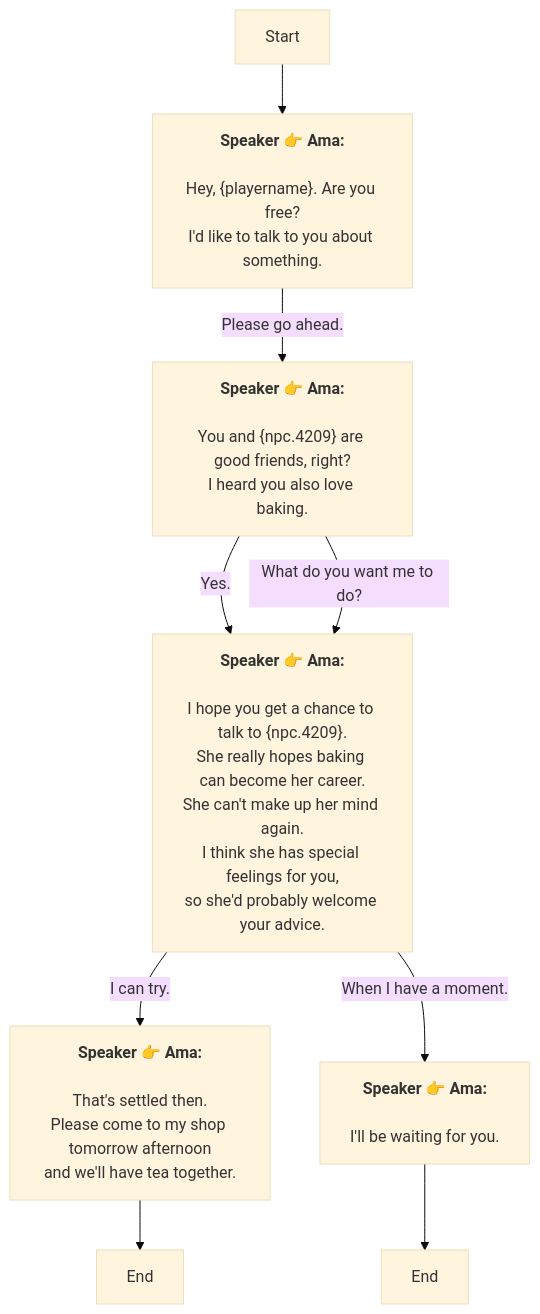
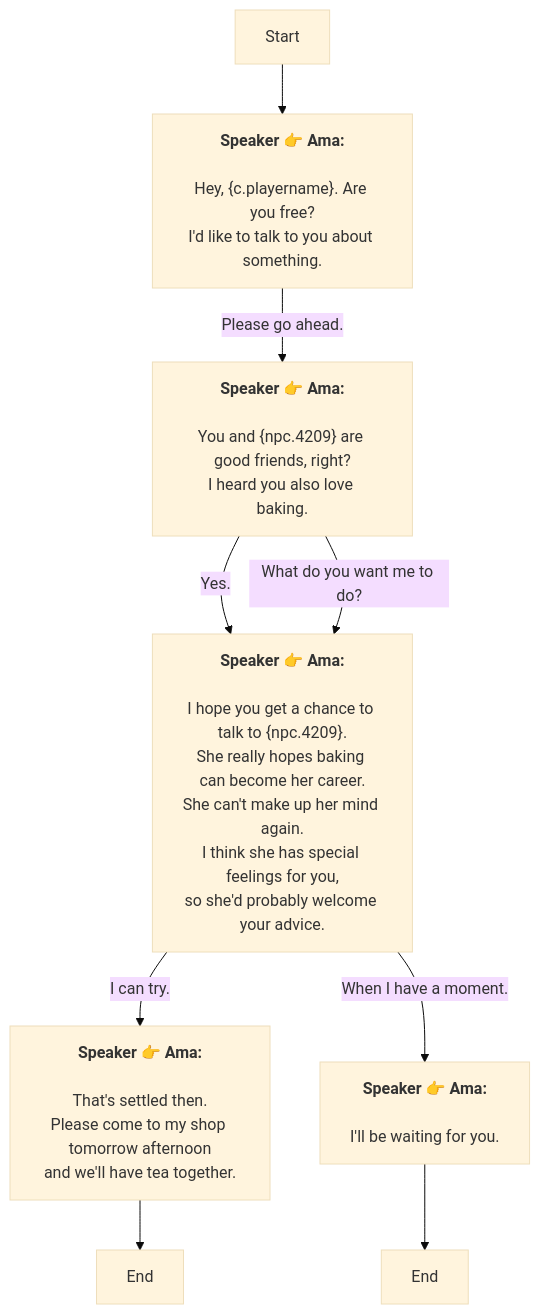
The diagram in En/QuestStartTalkENode_1754299649006153.md (SoftHu/tos_avg), drawn with Mermaid (base theme) before and after one commit. The commit also changed 410 other files, not shown here.

````diff
--- a/En/QuestStartTalkENode_1754299649006153.md
+++ b/En/QuestStartTalkENode_1754299649006153.md
@@ -1,28 +1,28 @@
 ```mermaid
 graph
 Start -->1754300389577294[<b>Speaker 👉 Ama:</b>
-\nHey, &lbrace;playername&rbrace;. Are you free?
+\nHey, &lbrace;c.playername&rbrace;. Are you free?
 I'd like to talk to you about something.]
 1754300389577294 -->|Please go ahead.|1754300443254355[<b>Speaker 👉 Ama:</b>
 \nYou and &lbrace;npc.4209&rbrace; are good friends, right?
 I heard you also love baking.]
 1754300443254355 -->|Yes.|1754300489287257[<b>Speaker 👉 Ama:</b>
 \nI hope you get a chance to talk to &lbrace;npc.4209&rbrace;.
 She really hopes baking can become her career.\nShe can't make up her mind again.
 I think she has special feelings for you,
 so she'd probably welcome your advice.]
 1754300443254355 -->|What do you want me to do?|1754300489287257[<b>Speaker 👉 Ama:</b>
 \nI hope you get a chance to talk to &lbrace;npc.4209&rbrace;.
 She really hopes baking can become her career.\nShe can't make up her mind again.
 I think she has special feelings for you,
 so she'd probably welcome your advice.]
 1754300489287257 -->|I can try.|1754300932487777[<b>Speaker 👉 Ama:</b>
 \nThat's settled then.
 Please come to my shop tomorrow afternoon
 and we'll have tea together.]
 1754300489287257 -->|When I have a moment.|1754300946867810[<b>Speaker 👉 Ama:</b>
 \nI'll be waiting for you.]
 1754300932487777 -->1754300921031264[End]
 1754300946867810 -->1754300914270815[End]
 
 ```
````
